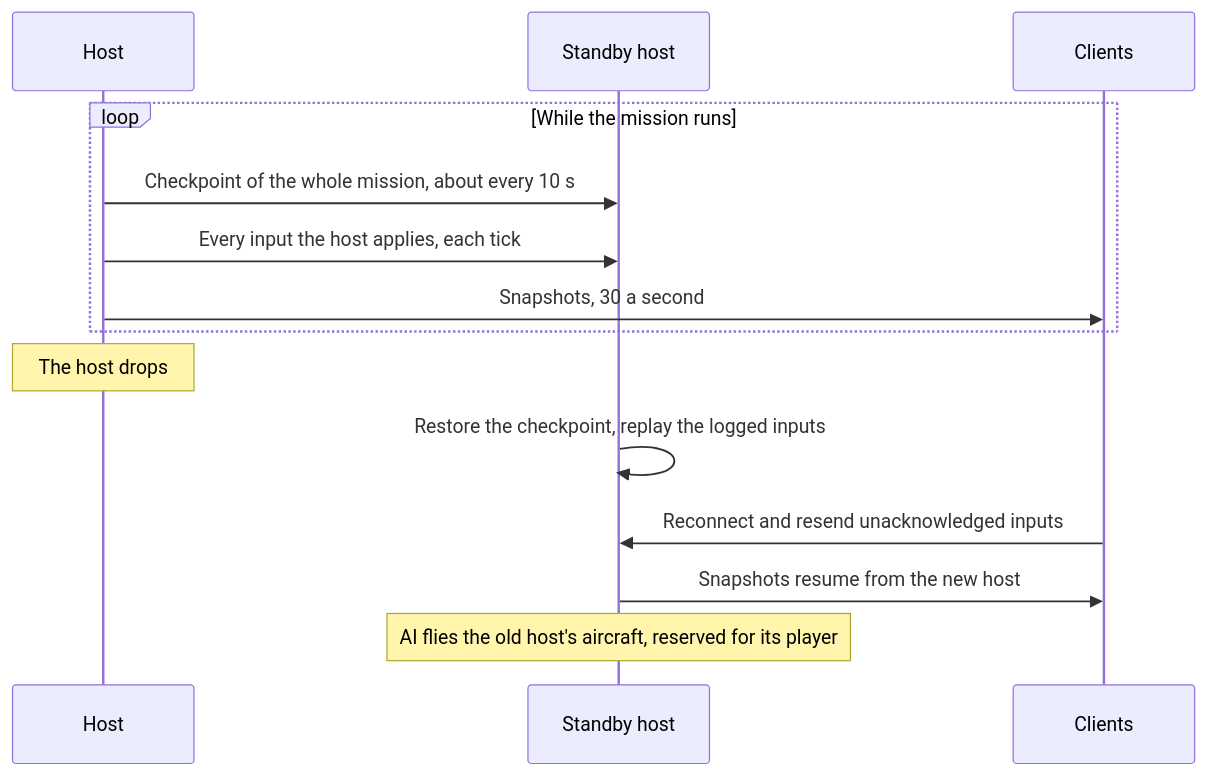
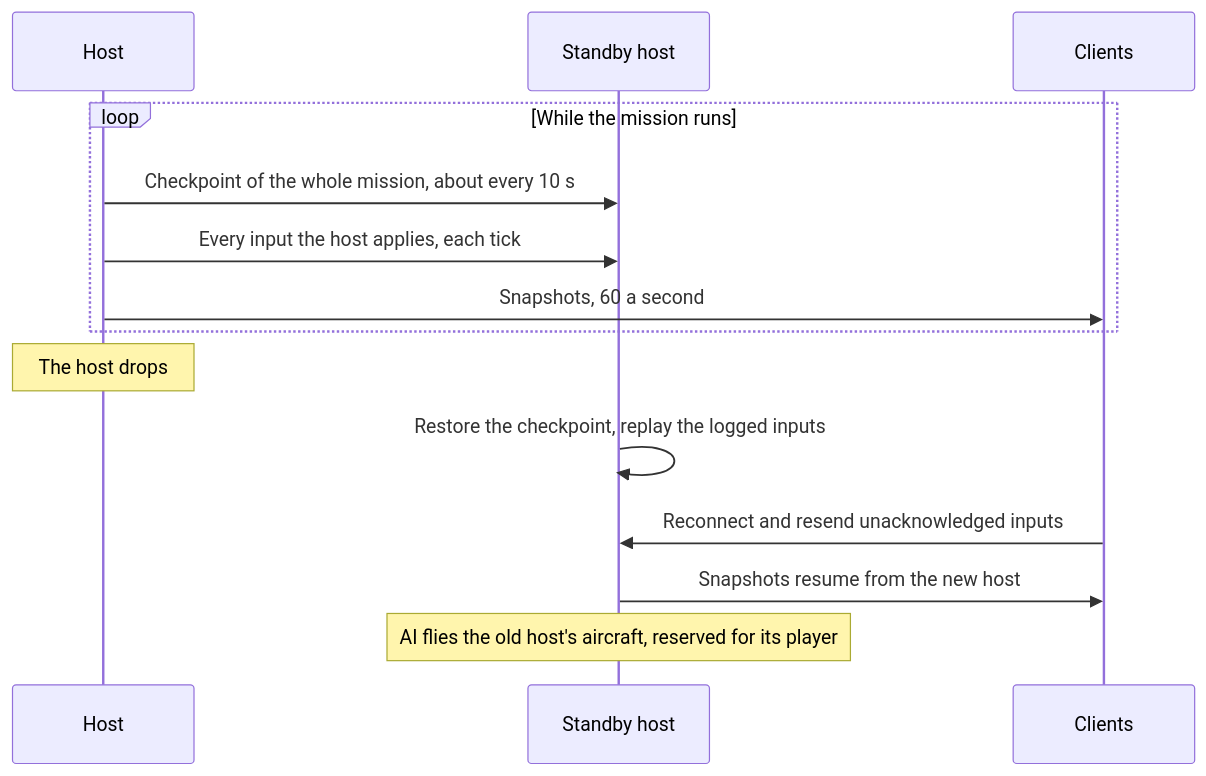
The second of 4 diagrams in docs/MULTIPLAYER.md (john-overton/T.O.R.E-Fighters), drawn with Mermaid before and after one commit. The commit also changed other lines of this file and 19 other files, not shown here.

First line of the commit message:
Send snapshots 60 a second and far entities 4 a second (slice D12)

````diff
--- a/docs/MULTIPLAYER.md
+++ b/docs/MULTIPLAYER.md
@@ -620,16 +621,16 @@
 ```mermaid
 sequenceDiagram
   participant H as Host
   participant S as Standby host
   participant C as Clients
   loop While the mission runs
     H->>S: Checkpoint of the whole mission, about every 10 s
     H->>S: Every input the host applies, each tick
-    H->>C: Snapshots, 30 a second
+    H->>C: Snapshots, 60 a second
   end
   Note over H: The host drops
   S->>S: Restore the checkpoint, replay the logged inputs
   C->>S: Reconnect and resend unacknowledged inputs
   S->>C: Snapshots resume from the new host
   Note over S: AI flies the old host's aircraft, reserved for its player
 ```
````
